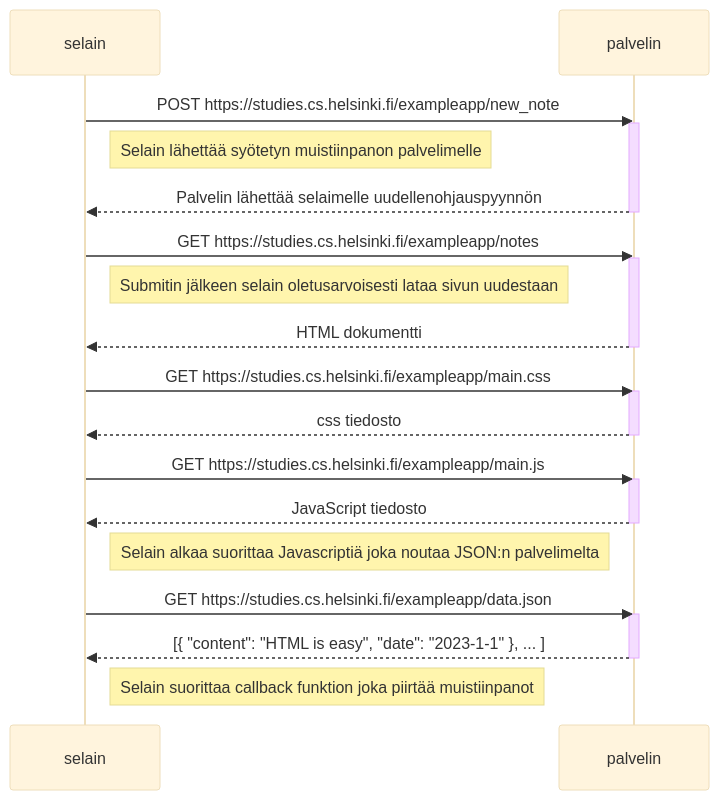
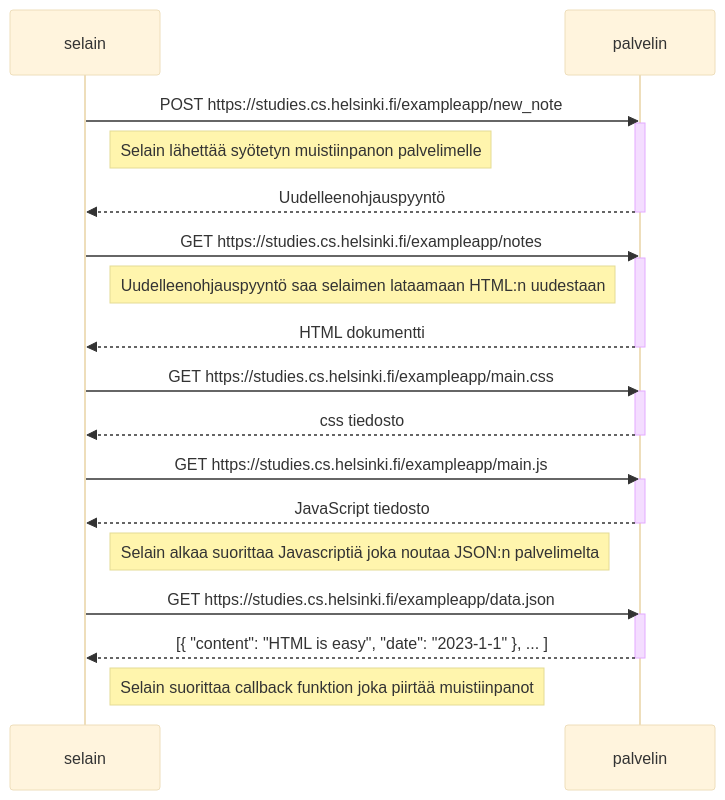
The diagram in fso0t1.md (tuuhei8/full-stack-open), drawn with Mermaid (base theme) before and after one commit.

````diff
--- a/fso0t1.md
+++ b/fso0t1.md
@@ -1,40 +1,40 @@
 ```mermaid
 sequenceDiagram
     participant selain
     participant palvelin
 
     selain->>palvelin: POST https://studies.cs.helsinki.fi/exampleapp/new_note
     activate palvelin
 
     Note right of selain: Selain lähettää syötetyn muistiinpanon palvelimelle
 
-    palvelin-->>selain: Palvelin lähettää selaimelle uudellenohjauspyynnön
+    palvelin-->>selain: Uudelleenohjauspyyntö
     deactivate palvelin
     
     selain->>palvelin: GET https://studies.cs.helsinki.fi/exampleapp/notes
     activate palvelin
 
-    Note right of selain: Submitin jälkeen selain oletusarvoisesti lataa sivun uudestaan
+    Note right of selain: Uudelleenohjauspyyntö saa selaimen lataamaan HTML:n uudestaan
 
     palvelin-->>selain: HTML dokumentti
     deactivate palvelin
     
     selain->>palvelin: GET https://studies.cs.helsinki.fi/exampleapp/main.css
     activate palvelin
     palvelin-->>selain: css tiedosto
     deactivate palvelin
     
     selain->>palvelin: GET https://studies.cs.helsinki.fi/exampleapp/main.js
     activate palvelin
     palvelin-->>selain: JavaScript tiedosto
     deactivate palvelin
     
     Note right of selain: Selain alkaa suorittaa Javascriptiä joka noutaa JSON:n palvelimelta
     
     selain->>palvelin: GET https://studies.cs.helsinki.fi/exampleapp/data.json
     activate palvelin
     palvelin-->>selain: [{ "content": "HTML is easy", "date": "2023-1-1" }, ... ]
     deactivate palvelin 
 
     Note right of selain: Selain suorittaa callback funktion joka piirtää muistiinpanot 
 ```
````
